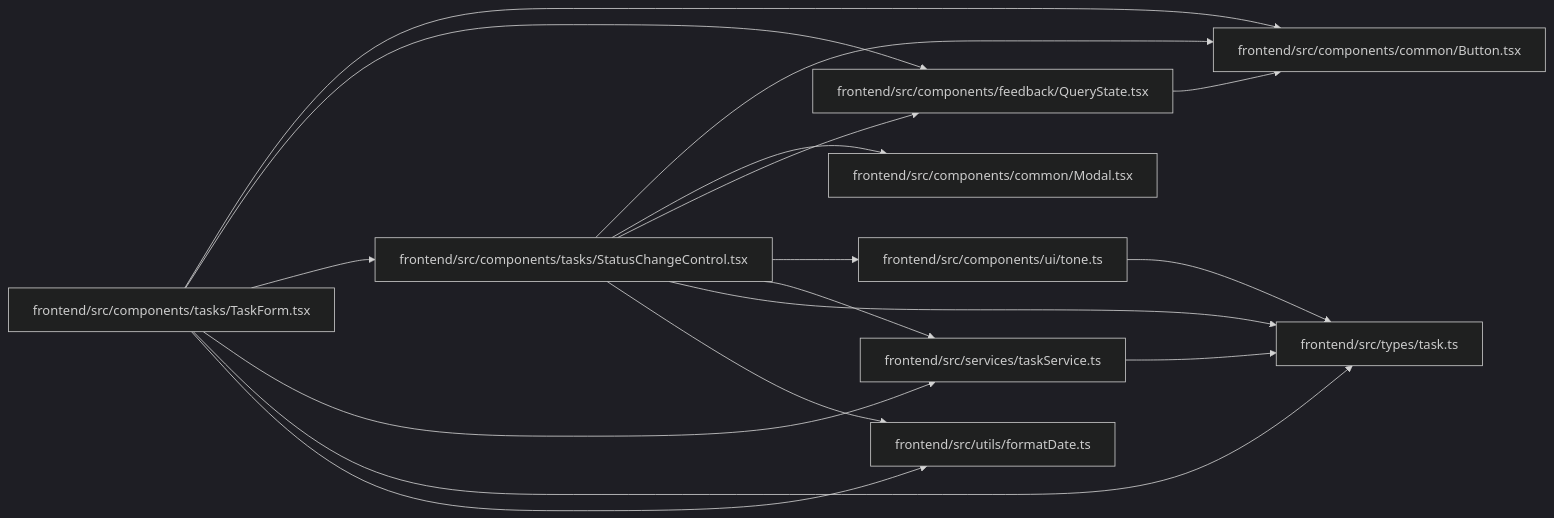
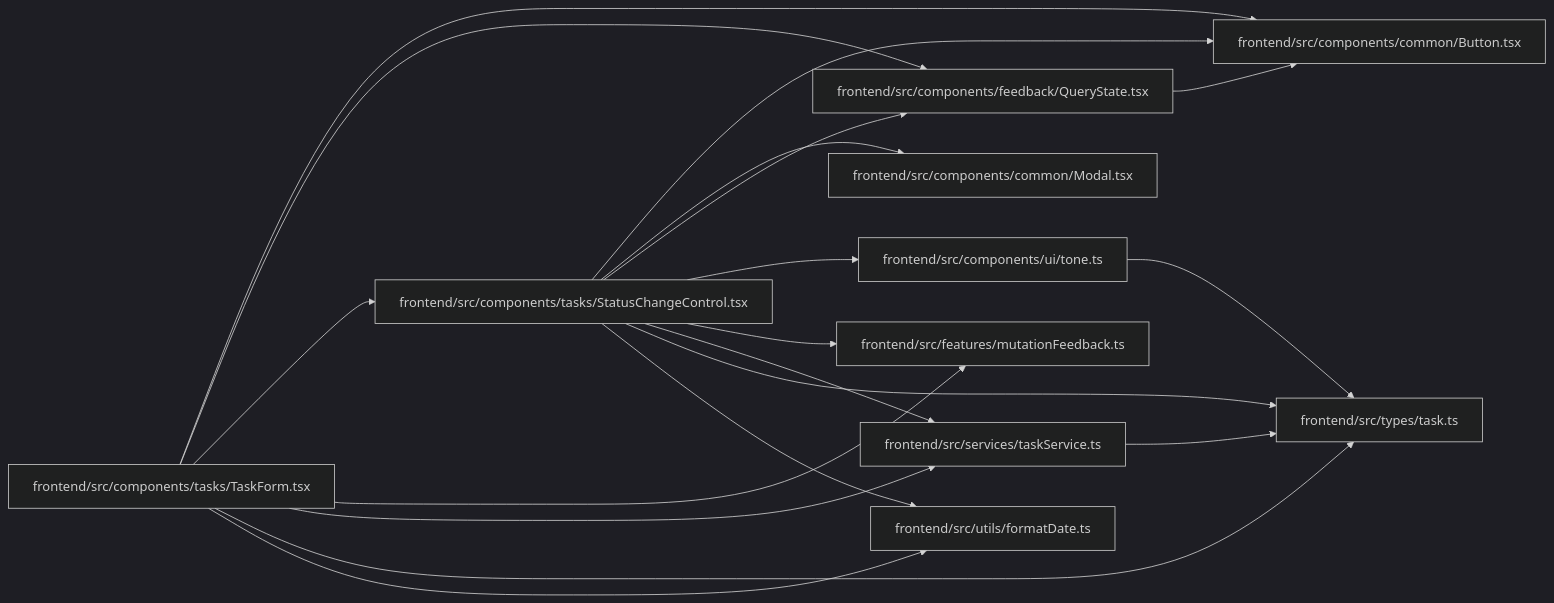
One commit to Denissvgn/WorkChord changed the diagram in docs/llm_wiki/modules/StatusChangeControl.md. Above: the diagram before and after it, drawn with Mermaid (dark theme). The commit also changed other lines of this file and 372 other files, not shown here.

Commit message:
docs(wiki): refresh for mutation success feedback

````diff
--- a/docs/llm_wiki/modules/StatusChangeControl.md
+++ b/docs/llm_wiki/modules/StatusChangeControl.md
@@ -37,37 +38,41 @@
 ```mermaid
 flowchart LR
     n0["frontend/src/components/common/Button.tsx"]
     n1["frontend/src/components/common/Modal.tsx"]
     n2["frontend/src/components/feedback/QueryState.tsx"]
     n3["frontend/src/components/tasks/StatusChangeControl.tsx"]
     n4["frontend/src/components/tasks/TaskForm.tsx"]
     n5["frontend/src/components/ui/tone.ts"]
-    n6["frontend/src/services/taskService.ts"]
-    n7["frontend/src/types/task.ts"]
-    n8["frontend/src/utils/formatDate.ts"]
+    n6["frontend/src/features/mutationFeedback.ts"]
+    n7["frontend/src/services/taskService.ts"]
+    n8["frontend/src/types/task.ts"]
+    n9["frontend/src/utils/formatDate.ts"]
     n2 --> n0
     n3 --> n0
     n3 --> n1
     n3 --> n2
     n3 --> n5
     n3 --> n6
     n3 --> n7
     n3 --> n8
+    n3 --> n9
     n4 --> n0
     n4 --> n2
     n4 --> n3
     n4 --> n6
     n4 --> n7
     n4 --> n8
-    n5 --> n7
-    n6 --> n7
+    n4 --> n9
+    n5 --> n8
+    n7 --> n8
     click n0 "../modules/Button.md"
     click n1 "../modules/Modal.md"
     click n2 "../modules/QueryState.md"
     click n3 "../modules/StatusChangeControl.md"
     click n4 "../modules/TaskForm.md"
     click n5 "../modules/tone.md"
-    click n6 "../modules/taskService.md"
-    click n7 "../modules/types_task.md"
-    click n8 "../modules/formatDate.md"
+    click n6 "../modules/mutationFeedback.md"
+    click n7 "../modules/taskService.md"
+    click n8 "../modules/types_task.md"
+    click n9 "../modules/formatDate.md"
 ```
````
